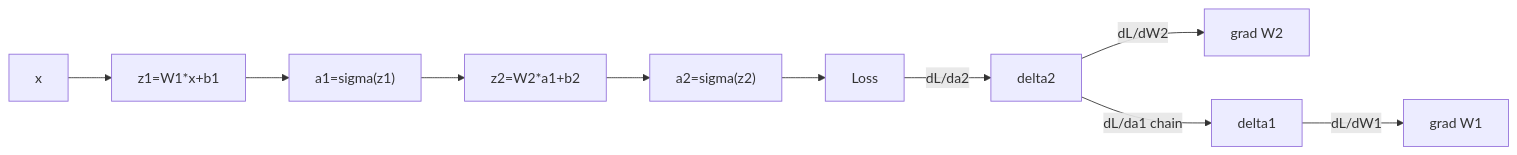
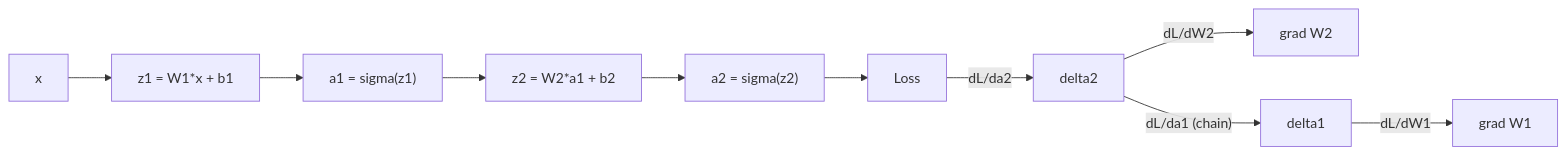
One commit to chinnaip/DeeplearingClassNotes changed the fourth of 5 diagrams in exam_answers/test_answer_key.md. Above: the diagram before and after it, drawn with Mermaid. The commit also changed other lines of this file, not shown here.

````diff
--- a/exam_answers/test_answer_key.md
+++ b/exam_answers/test_answer_key.md
@@ -113,11 +113,11 @@
 ```mermaid
 flowchart LR
-    x["x"] --> z1["z1=W1*x+b1"] --> a1["a1=sigma(z1)"]
-    a1 --> z2["z2=W2*a1+b2"] --> a2["a2=sigma(z2)"]
+    x["x"] --> z1["z1 = W1*x + b1"] --> a1["a1 = sigma(z1)"]
+    a1 --> z2["z2 = W2*a1 + b2"] --> a2["a2 = sigma(z2)"]
     a2 --> L["Loss"]
 
     L -->|"dL/da2"| da2["delta2"]
     da2 -->|"dL/dW2"| dW2["grad W2"]
-    da2 -->|"dL/da1 chain"| da1["delta1"]
+    da2 -->|"dL/da1 (chain)"| da1["delta1"]
     da1 -->|"dL/dW1"| dW1["grad W1"]
 ```
````
